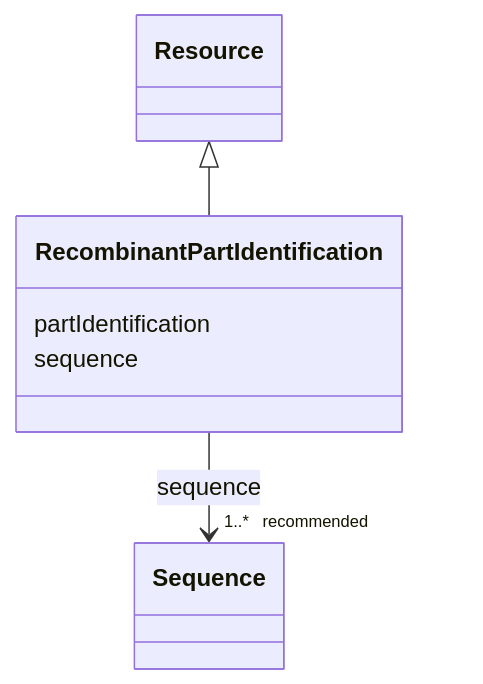
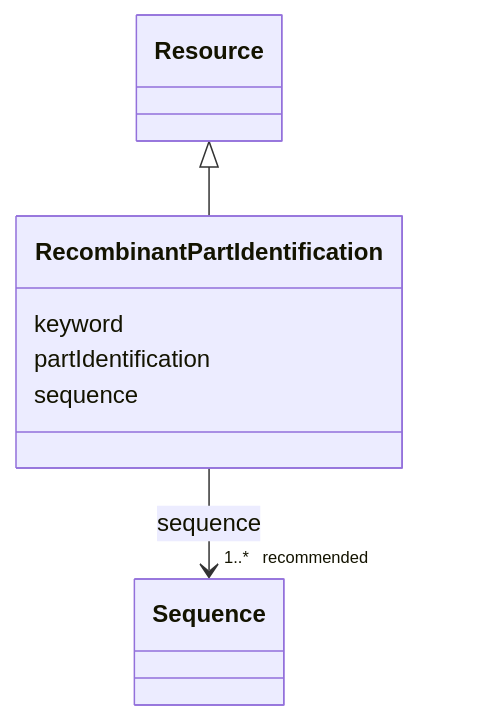
One commit to EVORA-project/evora-ontology changed the diagram in models/docs/RecombinantPartIdentification.md. Above: the diagram before and after it, drawn with Mermaid. The commit also changed other lines of this file and 402 other files, not shown here.

````diff
--- a/models/docs/RecombinantPartIdentification.md
+++ b/models/docs/RecombinantPartIdentification.md
@@ -19,20 +19,22 @@
 ```mermaid
  classDiagram
     class RecombinantPartIdentification
     click RecombinantPartIdentification href "../RecombinantPartIdentification"
       Resource <|-- RecombinantPartIdentification
         click Resource href "../Resource"
       
+      RecombinantPartIdentification : keyword
+        
       RecombinantPartIdentification : partIdentification
         
       RecombinantPartIdentification : sequence
         
           
     
     
     RecombinantPartIdentification --> "1..* _recommended_" Sequence : sequence
     click Sequence href "../Sequence"
 
         
       
 ```
````
